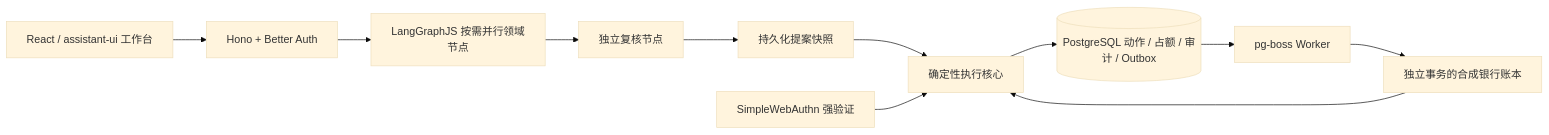
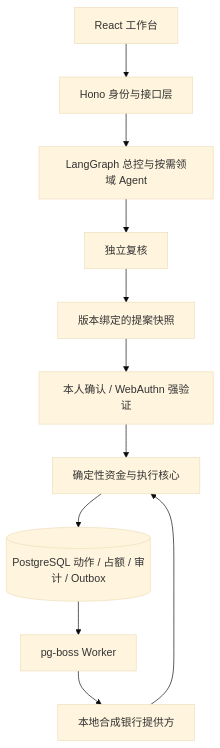
One commit to 1hb6s7t/BankPilot changed the diagram in README.md. Above: the diagram before and after it, drawn with Mermaid (base theme). The commit also changed other lines of this file and 44 other files, not shown here.

````diff
--- a/README.md
+++ b/README.md
@@ -97,13 +25,13 @@
 ```mermaid
-flowchart LR
-  UI[React / assistant-ui 工作台] --> API[Hono + Better Auth]
-  API --> G[LangGraphJS 按需并行领域节点]
-  G --> R[独立复核节点]
-  R --> P[持久化提案快照]
-  P --> C[确定性执行核心]
-  W[SimpleWebAuthn 强验证] --> C
-  C --> DB[(PostgreSQL 动作 / 占额 / 审计 / Outbox)]
-  DB --> Q[pg-boss Worker]
-  Q --> B[独立事务的合成银行账本]
-  B --> C
+flowchart TD
+  UI[React 工作台] --> API[Hono 身份与接口层]
+  API --> Planner[LangGraph 总控与按需领域 Agent]
+  Planner --> Review[独立复核]
+  Review --> Proposal[版本绑定的提案快照]
+  Proposal --> Auth[本人确认 / WebAuthn 强验证]
+  Auth --> Core[确定性资金与执行核心]
+  Core --> DB[(PostgreSQL 动作 / 占额 / 审计 / Outbox)]
+  DB --> Worker[pg-boss Worker]
+  Worker --> Provider[本地合成银行提供方]
+  Provider --> Core
 ```
````
